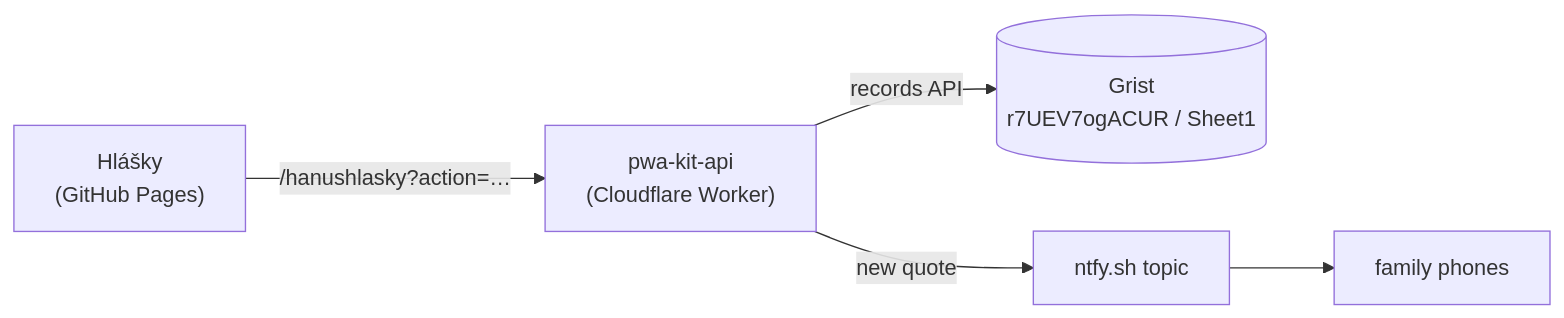
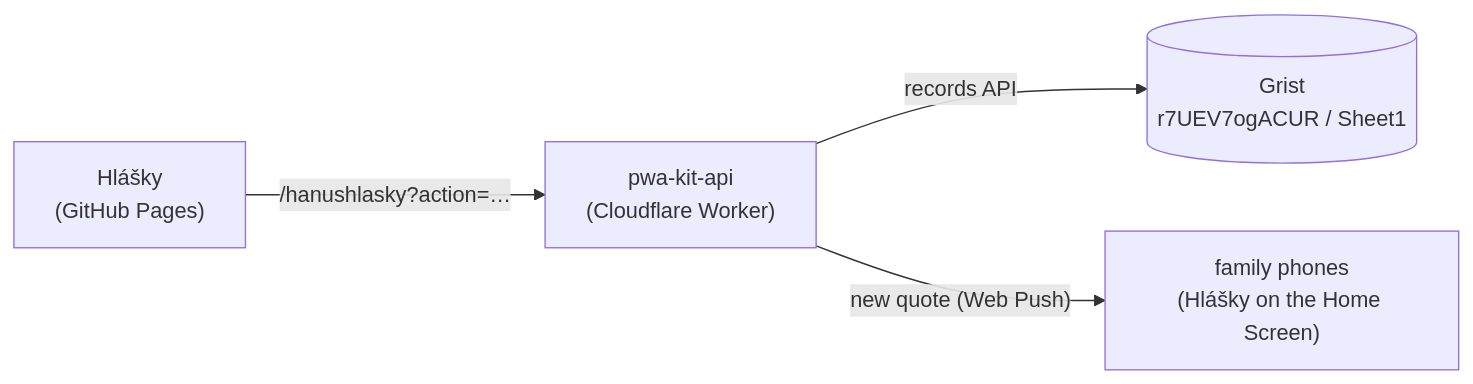
Before and after one commit to Alcariss/hanushlasky: the diagram in README.md, drawn with Mermaid. The commit also changed other lines of this file and 7 other files, not shown here.

First line of the commit message:
feat: Web Push notifications for new quotes (#2)

````diff
--- a/README.md
+++ b/README.md
@@ -11,6 +11,6 @@
 ```mermaid
 flowchart LR
   App["Hlášky<br/>(GitHub Pages)"] -- "/hanushlasky?action=…" --> Worker["pwa-kit-api<br/>(Cloudflare Worker)"]
   Worker -- records API --> Grist[("Grist<br/>r7UEV7ogACUR / Sheet1")]
-  Worker -- new quote --> Ntfy["ntfy.sh topic"] --> Phones["family phones"]
+  Worker -- "new quote (Web Push)" --> Phones["family phones<br/>(Hlášky on the Home Screen)"]
 ```
````
